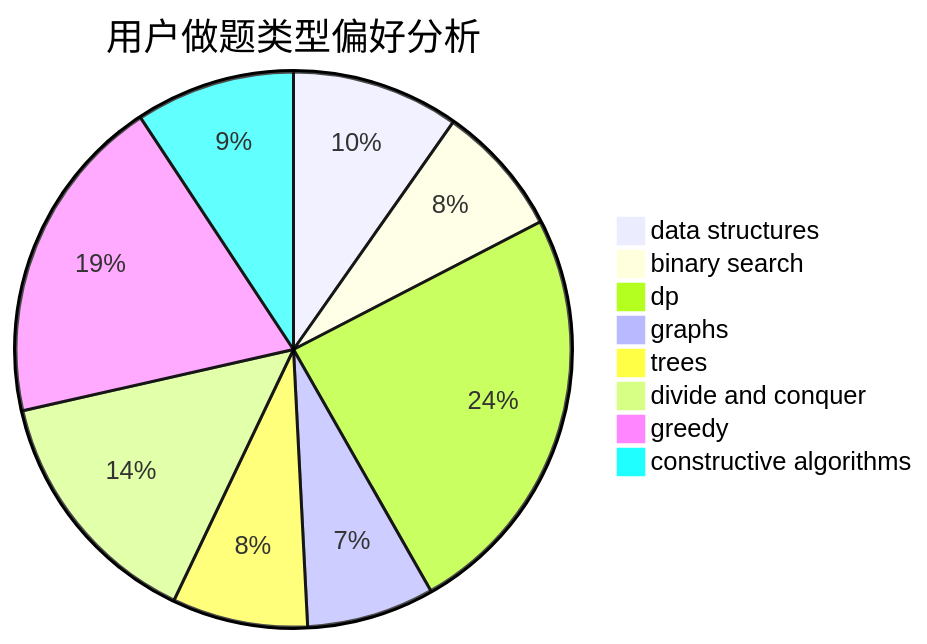
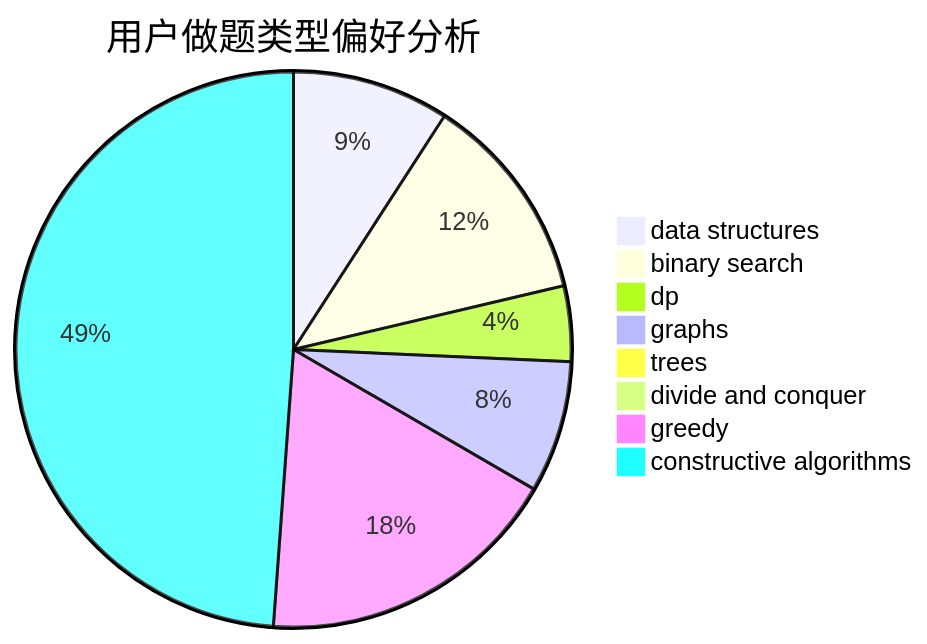
Before and after one commit to sherpahu/cfrs.github.io: the second of 3 diagrams in docs/user/u483.md, drawn with Mermaid. The commit also changed other lines of this file and 2770 other files, not shown here.

````diff
--- a/docs/user/u483.md
+++ b/docs/user/u483.md
@@ -23,11 +23,11 @@
 ```mermaid
 pie title 用户做题类型偏好分析
-    "data structures" :  42
-    "binary search" :  33
-    "dp" :  105
-    "graphs" :  32
-    "trees" :  34
-    "divide and conquer" :  62
-    "greedy" :  83
-    "constructive algorithms" :  40
+    "data structures" :  75
+    "binary search" :  100
+    "dp" :  36
+    "graphs" :  63
+    "trees" :  0
+    "divide and conquer" :  0
+    "greedy" :  146
+    "constructive algorithms" :  401
 ```
````
